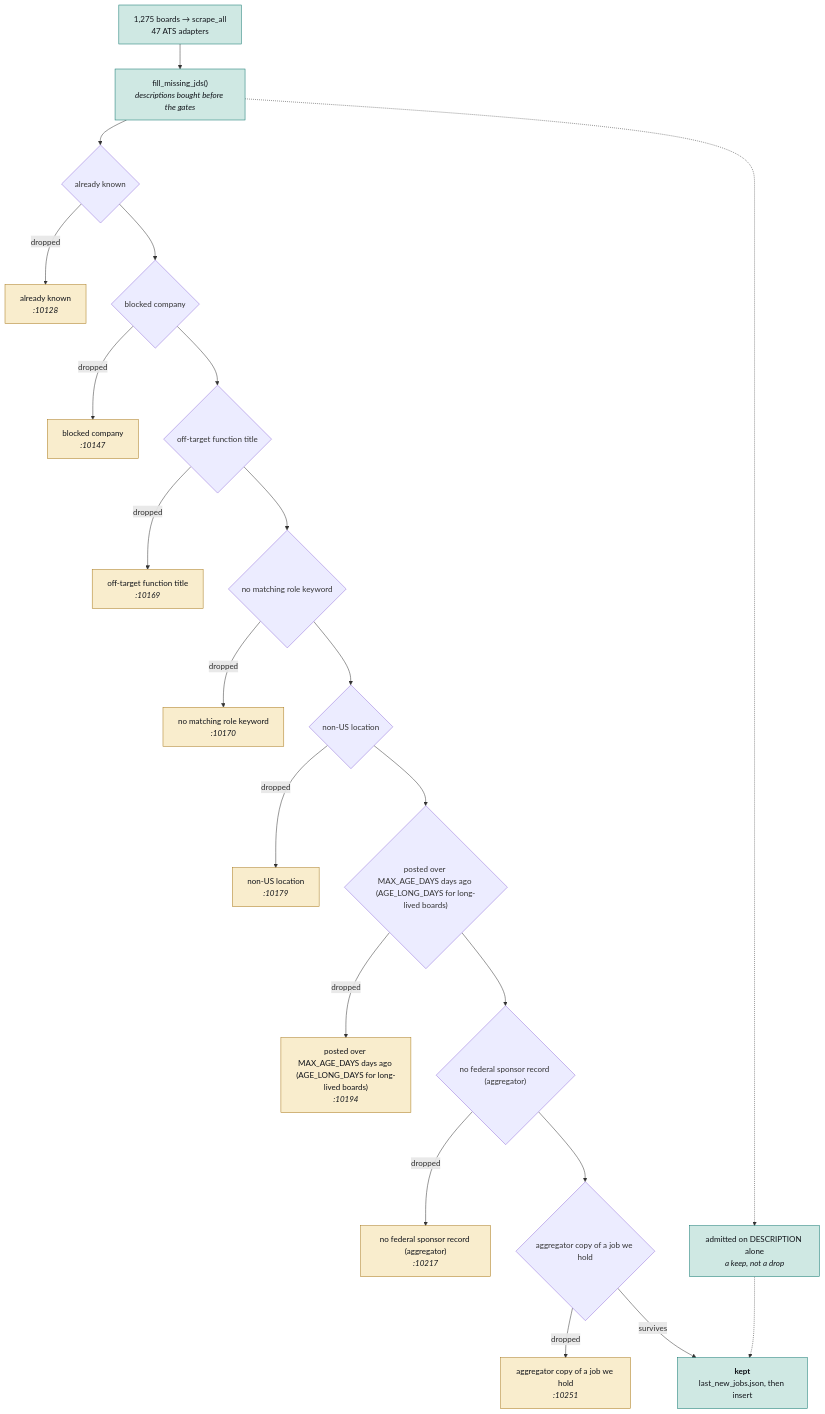
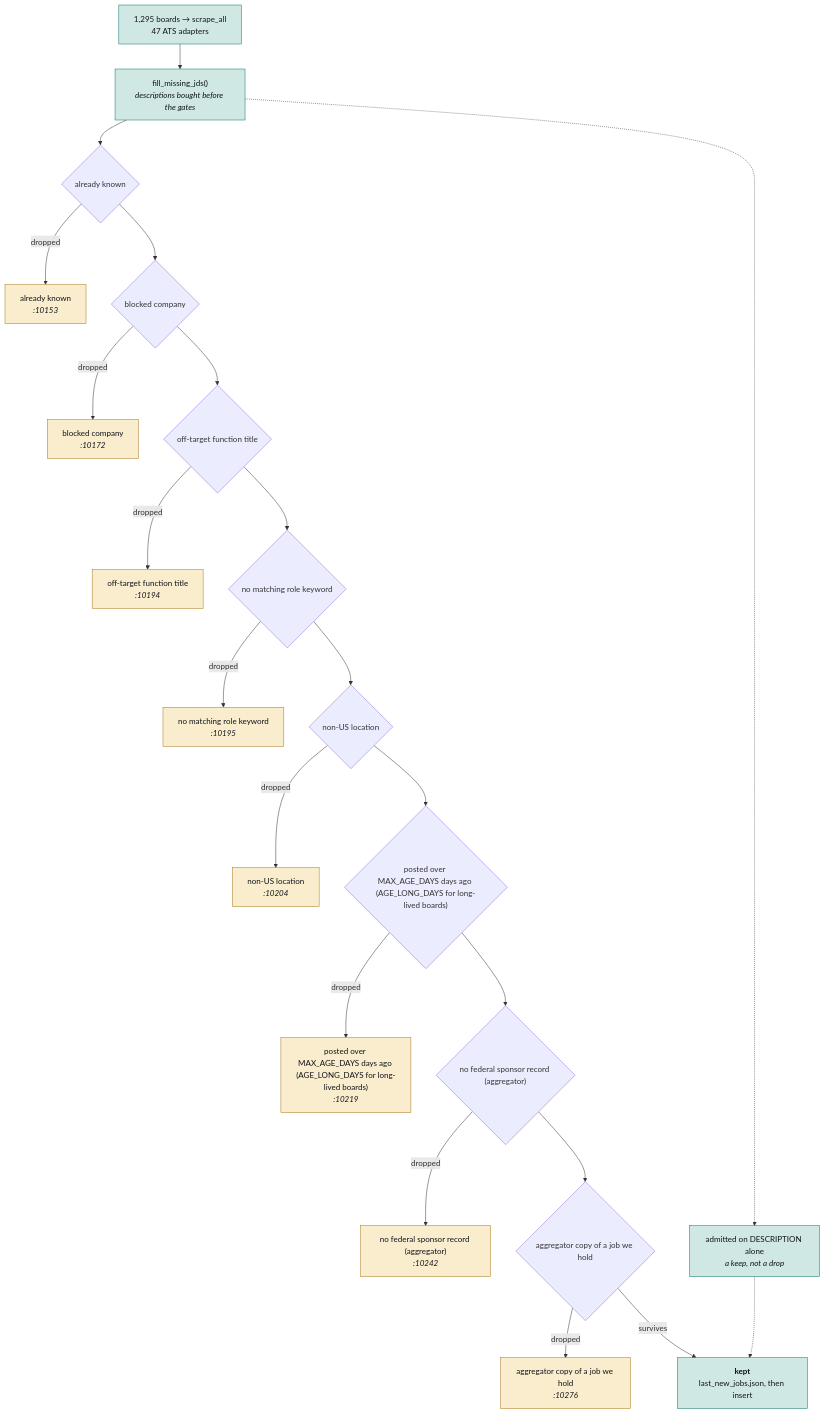
The second of 4 diagrams in JobMatch Scraper/docs/ARCHITECTURE.md (hadakunal909-debug/job-search-tool), drawn with Mermaid before and after one commit. The commit also changed other lines of this file and 11 other files, not shown here.

````diff
--- a/JobMatch Scraper/docs/ARCHITECTURE.md
+++ b/JobMatch Scraper/docs/ARCHITECTURE.md
@@ -127,54 +127,54 @@
 ```mermaid
 flowchart TB
-  SRC["1,275 boards → scrape_all<br/>47 ATS adapters"]
+  SRC["1,295 boards → scrape_all<br/>47 ATS adapters"]
   JD["fill_missing_jds()<br/><i>descriptions bought before the gates</i>"]
   SRC --> JD
   G0{"already known"}
-  D0["already known<br/><i>:10128</i>"]
+  D0["already known<br/><i>:10153</i>"]
   JD --> G0
   G0 -->|dropped| D0
   class D0 trap
   G1{"blocked company"}
-  D1["blocked company<br/><i>:10147</i>"]
+  D1["blocked company<br/><i>:10172</i>"]
   G0 --> G1
   G1 -->|dropped| D1
   class D1 trap
   G2{"off-target function title"}
-  D2["off-target function title<br/><i>:10169</i>"]
+  D2["off-target function title<br/><i>:10194</i>"]
   G1 --> G2
   G2 -->|dropped| D2
   class D2 trap
   G3{"no matching role keyword"}
-  D3["no matching role keyword<br/><i>:10170</i>"]
+  D3["no matching role keyword<br/><i>:10195</i>"]
   G2 --> G3
   G3 -->|dropped| D3
   class D3 trap
   G4{"non-US location"}
-  D4["non-US location<br/><i>:10179</i>"]
+  D4["non-US location<br/><i>:10204</i>"]
   G3 --> G4
   G4 -->|dropped| D4
   class D4 trap
   G5{"posted over MAX_AGE_DAYS days ago (AGE_LONG_DAYS for long-lived boards)"}
-  D5["posted over MAX_AGE_DAYS days ago (AGE_LONG_DAYS for long-lived boards)<br/><i>:10194</i>"]
+  D5["posted over MAX_AGE_DAYS days ago (AGE_LONG_DAYS for long-lived boards)<br/><i>:10219</i>"]
   G4 --> G5
   G5 -->|dropped| D5
   class D5 trap
   G6{"no federal sponsor record (aggregator)"}
-  D6["no federal sponsor record (aggregator)<br/><i>:10217</i>"]
+  D6["no federal sponsor record (aggregator)<br/><i>:10242</i>"]
   G5 --> G6
   G6 -->|dropped| D6
   class D6 trap
   G7{"aggregator copy of a job we hold"}
-  D7["aggregator copy of a job we hold<br/><i>:10251</i>"]
+  D7["aggregator copy of a job we hold<br/><i>:10276</i>"]
   G6 --> G7
   G7 -->|dropped| D7
   class D7 trap
   KEEP["<b>kept</b><br/>last_new_jobs.json, then insert"]
   G7 -->|survives| KEEP
   RESCUE["admitted on DESCRIPTION alone<br/><i>a keep, not a drop</i>"]
   JD -.-> RESCUE
   RESCUE -.-> KEEP
   classDef trap fill:#f9edcd,stroke:#a8781a,color:#101319
   classDef sched fill:#cfe8e3,stroke:#0f766e,color:#101319
   class SRC,JD,KEEP,RESCUE sched
 ```
````
